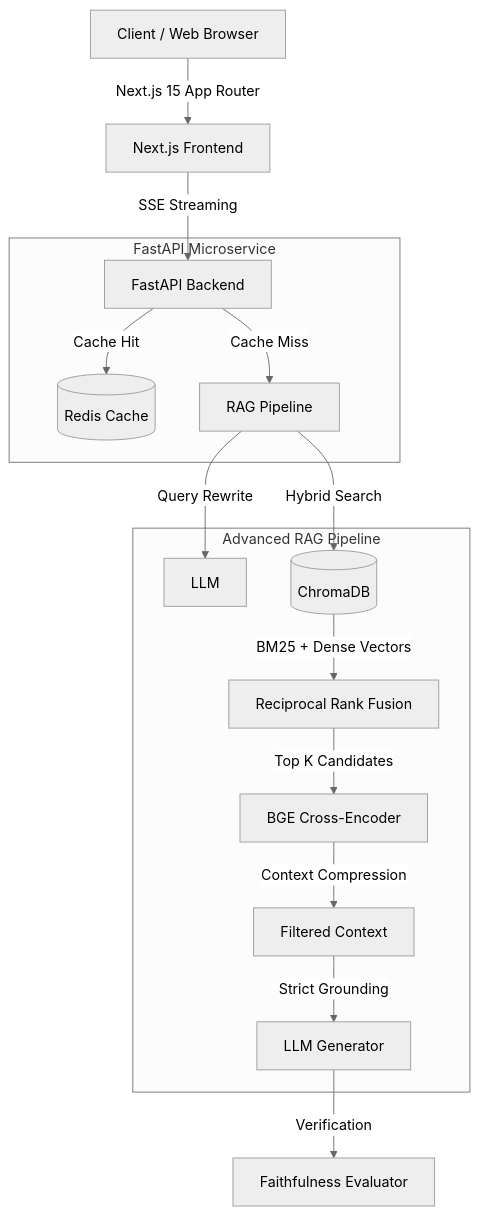
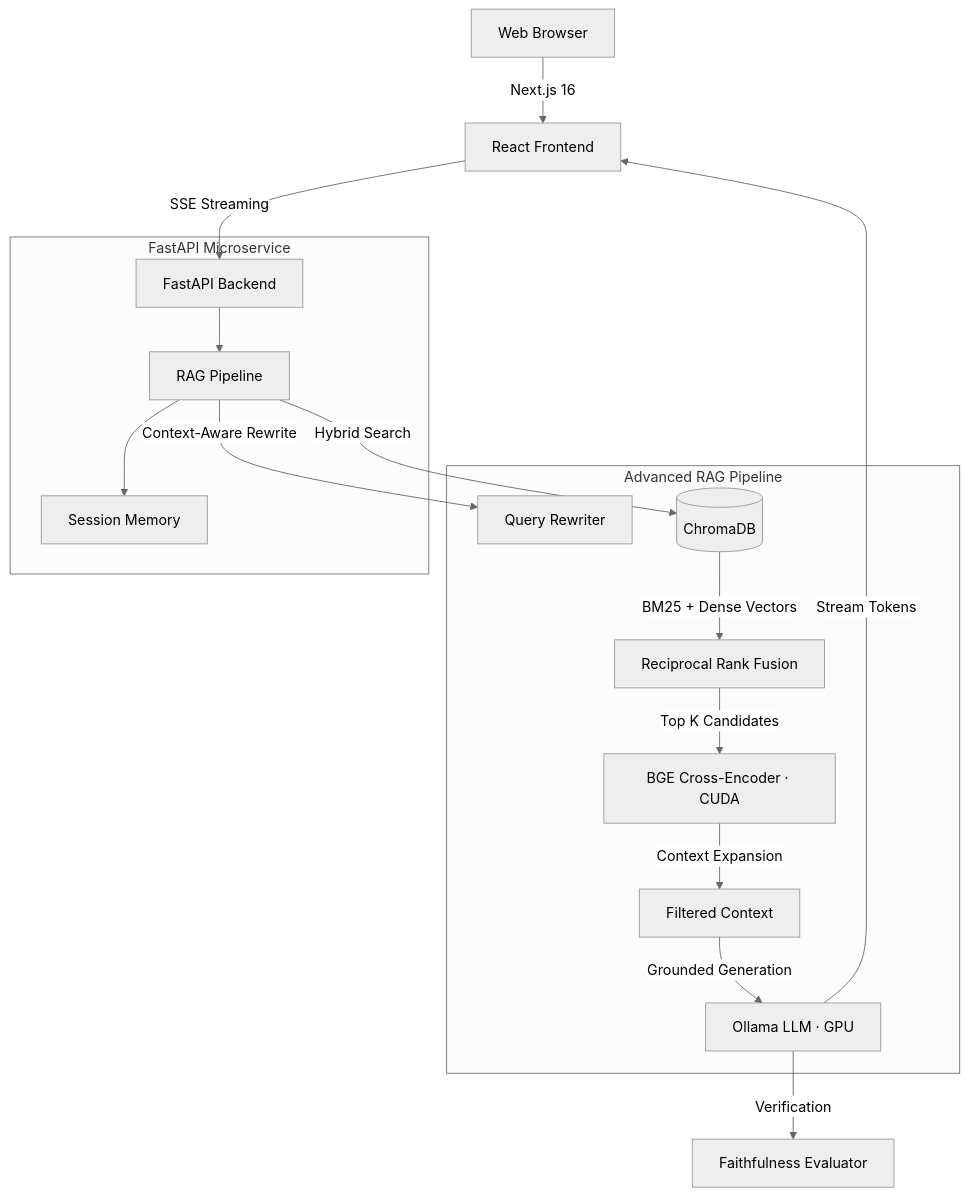
The diagram in company_policy_rag/README.md (SoubhagyaJain/Company-policy-rag), drawn with Mermaid (neutral theme) before and after one commit. The commit also changed other lines of this file and 319 other files, not shown here.

````diff
--- a/company_policy_rag/README.md
+++ b/company_policy_rag/README.md
@@ -20,25 +50,22 @@
 ```mermaid
 graph TD
-    %% Frontend
-    Client[Client / Web Browser] --> |Next.js 15 App Router| UI[Next.js Frontend]
+    Client[Web Browser] --> |Next.js 16| UI[React Frontend]
     UI --> |SSE Streaming| API[FastAPI Backend]
 
-    %% Backend Services
     subgraph Backend [FastAPI Microservice]
-        API --> |Cache Hit| Redis[(Redis Cache)]
-        API --> |Cache Miss| Orchestrator[RAG Pipeline]
+        API --> Orchestrator[RAG Pipeline]
+        Orchestrator --> Memory[Session Memory]
     end
 
-    %% RAG Pipeline
     subgraph RAG [Advanced RAG Pipeline]
-        Orchestrator --> |Query Rewrite| LLM_Q[LLM]
+        Orchestrator --> |Context-Aware Rewrite| LLM_Q[Query Rewriter]
         Orchestrator --> |Hybrid Search| VectorDB[(ChromaDB)]
         VectorDB --> |BM25 + Dense Vectors| RRF[Reciprocal Rank Fusion]
-        RRF --> |Top K Candidates| Reranker[BGE Cross-Encoder]
-        Reranker --> |Context Compression| Context[Filtered Context]
-        Context --> |Strict Grounding| LLM[LLM Generator]
+        RRF --> |Top K Candidates| Reranker[BGE Cross-Encoder · CUDA]
+        Reranker --> |Context Expansion| Context[Filtered Context]
+        Context --> |Grounded Generation| LLM[Ollama LLM · GPU]
     end
-    
-    %% External
+
     LLM --> |Verification| Guardrail[Faithfulness Evaluator]
+    LLM --> |Stream Tokens| UI
 ```
````
